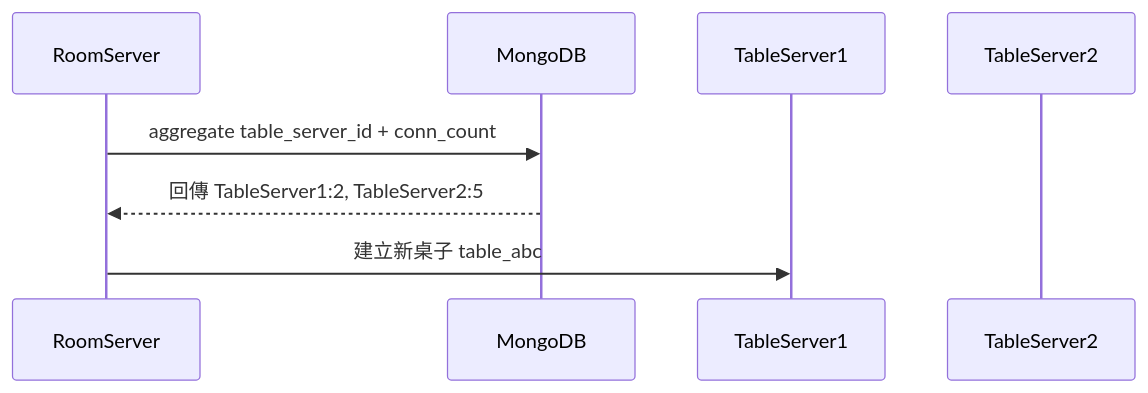
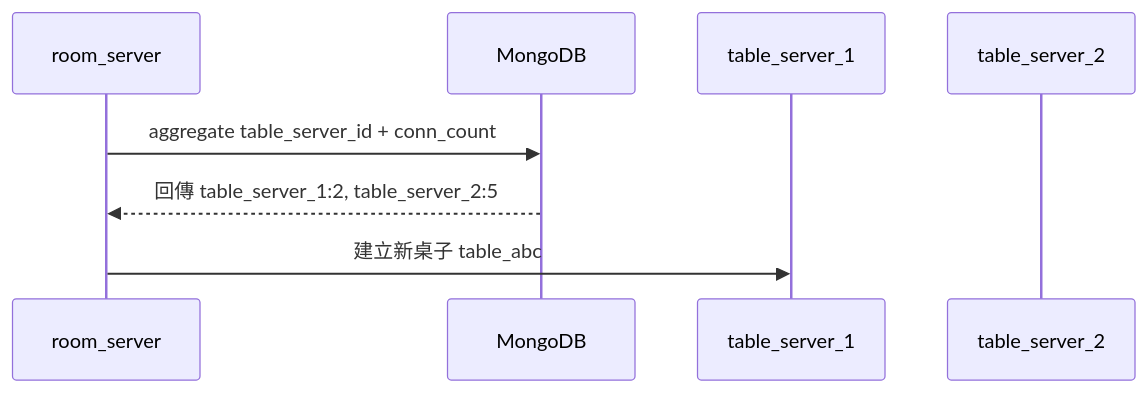
The diagram in table_load_balancing.md (leeisman/poker_architecture), drawn with Mermaid before and after one commit. The commit also changed 12 other files, not shown here.

````diff
--- a/table_load_balancing.md
+++ b/table_load_balancing.md
@@ -4,11 +4,11 @@
 ```mermaid
 sequenceDiagram
-    participant Room as RoomServer
+    participant Room as room_server
     participant Mongo as MongoDB
-    participant Table1 as TableServer1
-    participant Table2 as TableServer2
+    participant Table1 as table_server_1
+    participant Table2 as table_server_2
 
     Room->>Mongo: aggregate table_server_id + conn_count
-    Mongo-->>Room: 回傳 TableServer1:2, TableServer2:5
+    Mongo-->>Room: 回傳 table_server_1:2, table_server_2:5
     Room->>Table1: 建立新桌子 table_abc
 ```
````
